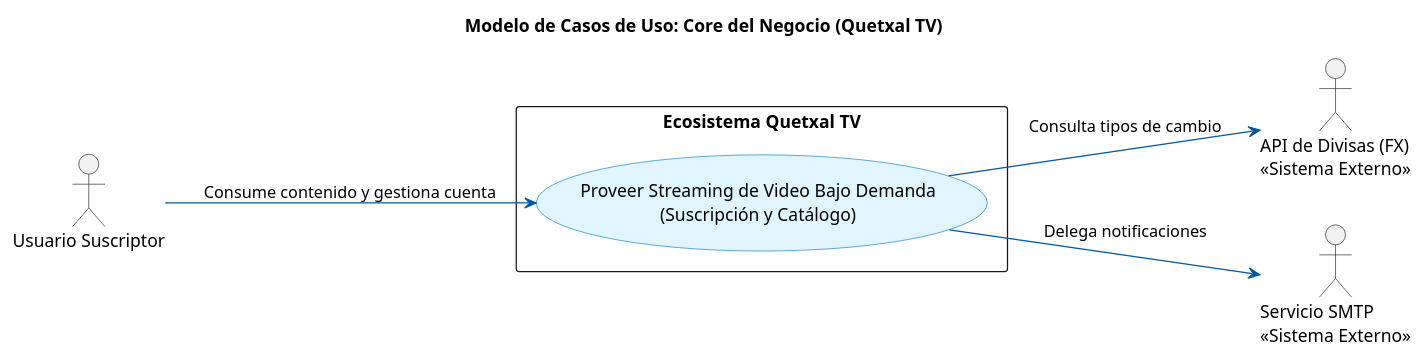
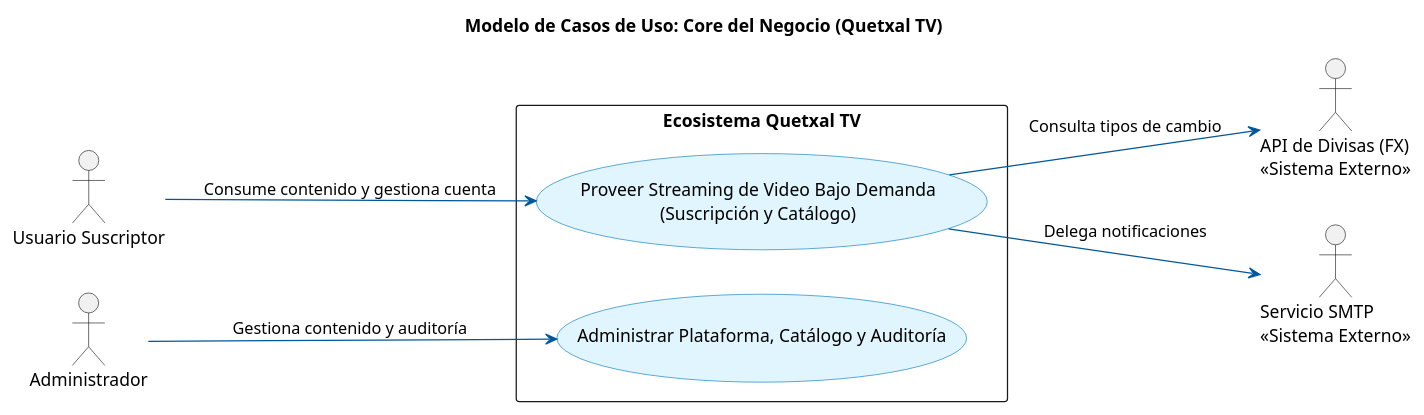
One commit to DMoises/-SA_PROYECTO_G4 changed the diagram in docs/temp/diagrams/cun/core de negocio.puml. Above: the diagram before and after it, drawn with PlantUML. The commit also changed 1 other file, not shown here.

```diff
--- a/docs/temp/diagrams/cun/core de negocio.puml
+++ b/docs/temp/diagrams/cun/core de negocio.puml
@@ -1,24 +1,27 @@
 @startuml
 left to right direction
 skinparam packageStyle rectangle
 skinparam usecase {
     BackgroundColor #E1F5FE
     BorderColor #0277BD
     ArrowColor #01579B
 }
 
 title Modelo de Casos de Uso: Core del Negocio (Quetxal TV)
 
 actor "Usuario Suscriptor" as user
+actor "Administrador" as admin
 actor "API de Divisas (FX)\n<<Sistema Externo>>" as fx
 actor "Servicio SMTP\n<<Sistema Externo>>" as smtp
 
 rectangle "Ecosistema Quetxal TV" {
   usecase "Proveer Streaming de Video Bajo Demanda\n(Suscripción y Catálogo)" as core
+  usecase "Administrar Plataforma, Catálogo y Auditoría" as adminCore
 }
 
 user --> core : "Consume contenido y gestiona cuenta"
+admin --> adminCore : "Gestiona contenido y auditoría"
 core --> fx : "Consulta tipos de cambio"
 core --> smtp : "Delega notificaciones"
 
 @enduml
```
